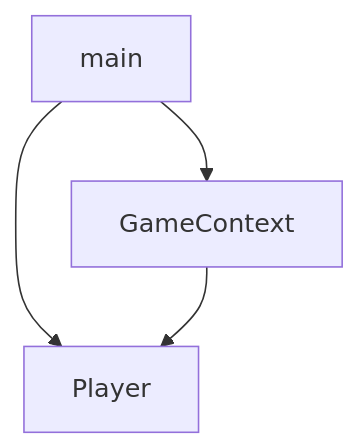
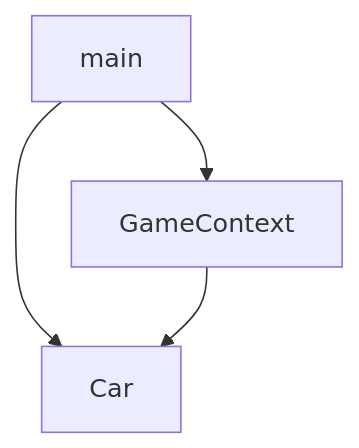
One commit to woowacourse-precourse/java-racingcar-7 changed the diagram in README.md. Above: the diagram before and after it, drawn with Mermaid. The commit also changed 5 other files, not shown here.

````diff
--- a/README.md
+++ b/README.md
@@ -41,6 +41,6 @@
 ```mermaid
 graph
     main-->GameContext
-    main-->Player
-    GameContext-->Player
+    main-->Car
+    GameContext-->Car
 ```
````
